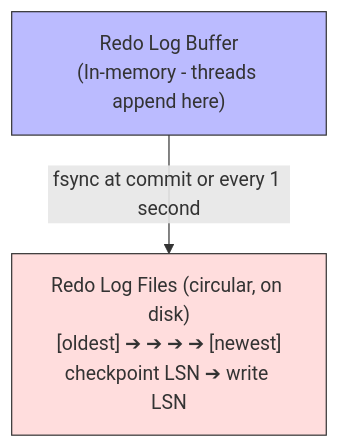
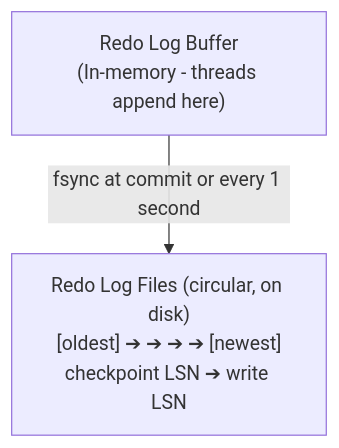
One commit to KnightKnight27/scaler-Adv-DBMS changed the fifth of 5 diagrams in System_Design_Docs/mysql-innodb/README.md. Above: the diagram before and after it, drawn with Mermaid. The commit also changed other lines of this file and 3 other files, not shown here.

Commit message:
chore: change styling for diagrams

````diff
--- a/System_Design_Docs/mysql-innodb/README.md
+++ b/System_Design_Docs/mysql-innodb/README.md
@@ -158,10 +135,7 @@
 ```mermaid
 graph TD
     Buffer["Redo Log Buffer<br>(In-memory - threads append here)"]
     Files["Redo Log Files (circular, on disk)<br>[oldest] ➔ ➔ ➔ ➔ [newest]<br>checkpoint LSN ➔ write LSN"]
 
     Buffer -->|fsync at commit or every 1 second| Files
-
-    style Buffer fill:#bbf,stroke:#333,stroke-width:1px
-    style Files fill:#fdd,stroke:#333,stroke-width:1px
 ```
````
